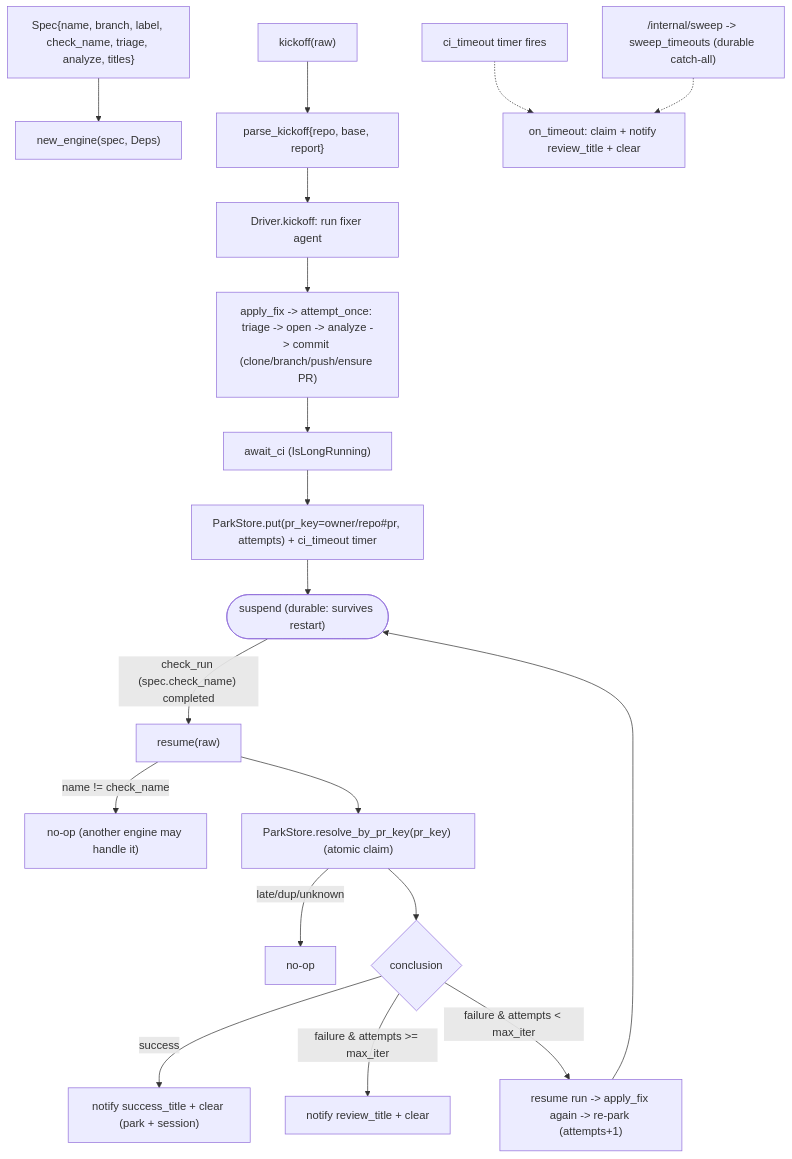
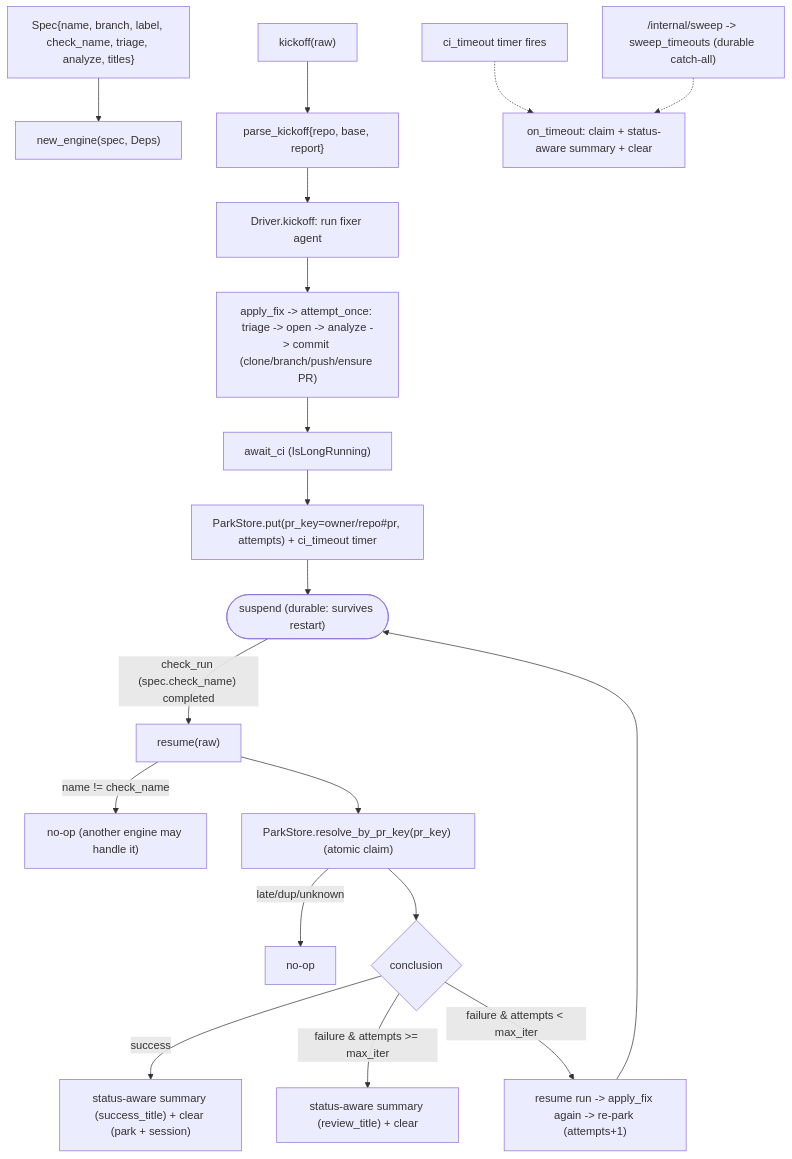
The diagram in python/automation_agent/agent/fixflow/AGENTS.md (jkjamies/automation-agent), drawn with Mermaid before and after one commit. The commit also changed other lines of this file and 11 other files, not shown here.

First line of the commit message:
Port status-aware terminal summary to Python (F1-D) + gh-token fallback

````diff
--- a/python/automation_agent/agent/fixflow/AGENTS.md
+++ b/python/automation_agent/agent/fixflow/AGENTS.md
@@ -31,22 +31,22 @@
 ```mermaid
 flowchart TD
     Spec["Spec{name, branch, label, check_name, triage, analyze, titles}"] --> E["new_engine(spec, Deps)"]
     K["kickoff(raw)"] --> KP["parse_kickoff{repo, base, report}"]
     KP --> DK["Driver.kickoff: run fixer agent"]
     DK --> AF["apply_fix -> attempt_once: triage -> open -> analyze -> commit (clone/branch/push/ensure PR)"]
     AF --> AW["await_ci (IsLongRunning)"]
     AW --> PK["ParkStore.put(pr_key=owner/repo#pr, attempts) + ci_timeout timer"]
     PK --> SUS(["suspend (durable: survives restart)"])
 
     SUS -->|"check_run (spec.check_name) completed"| R["resume(raw)"]
     R -->|"name != check_name"| NO["no-op (another engine may handle it)"]
     R --> RES["ParkStore.resolve_by_pr_key(pr_key) (atomic claim)"]
     RES -->|"late/dup/unknown"| NO2["no-op"]
     RES --> C{conclusion}
-    C -->|success| OK["notify success_title + clear (park + session)"]
-    C -->|failure & attempts >= max_iter| HRV["notify review_title + clear"]
+    C -->|success| OK["status-aware summary (success_title) + clear (park + session)"]
+    C -->|failure & attempts >= max_iter| HRV["status-aware summary (review_title) + clear"]
     C -->|failure & attempts < max_iter| RT["resume run -> apply_fix again -> re-park (attempts+1)"]
     RT --> SUS
-    TO["ci_timeout timer fires"] -.-> TON["on_timeout: claim + notify review_title + clear"]
+    TO["ci_timeout timer fires"] -.-> TON["on_timeout: claim + status-aware summary + clear"]
     SW["/internal/sweep -> sweep_timeouts (durable catch-all)"] -.-> TON
 ```
````
